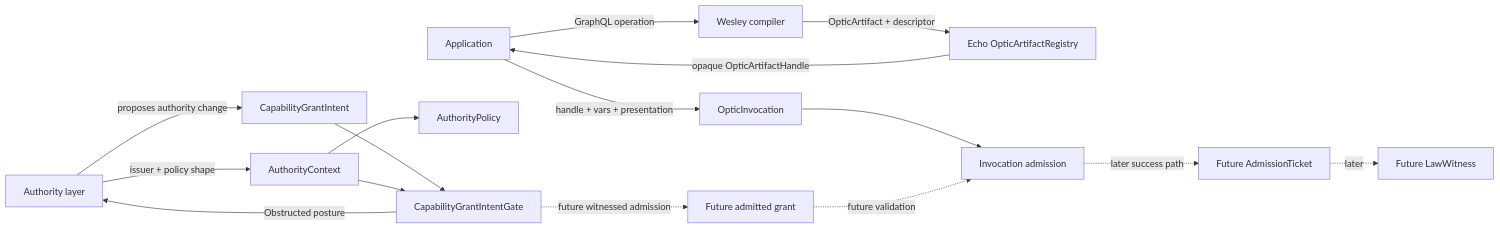
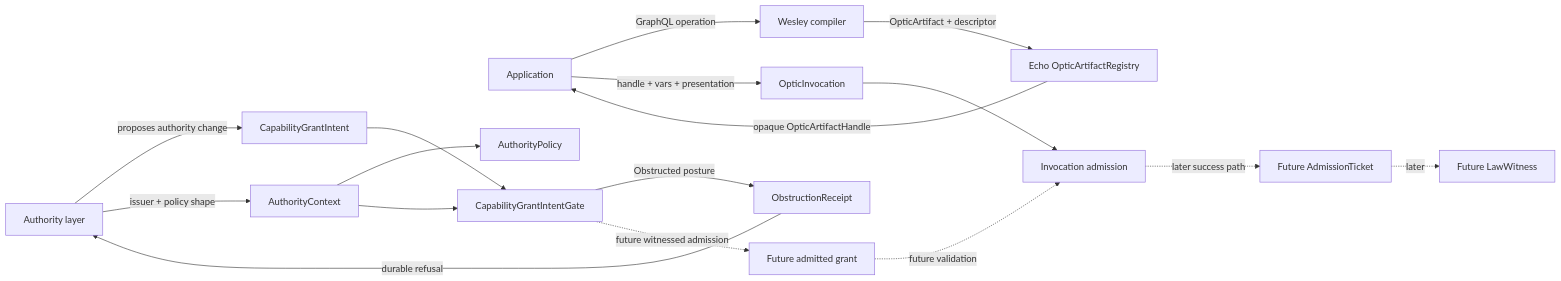
Before and after one commit to flyingrobots/echo: the first of 5 diagrams in docs/design/optic-capability-grant-intent-boundary.md, drawn with Mermaid. The commit also changed other lines of this file and 4 other files, not shown here.

````diff
--- a/docs/design/optic-capability-grant-intent-boundary.md
+++ b/docs/design/optic-capability-grant-intent-boundary.md
@@ -51,32 +53,34 @@
 ```mermaid
 flowchart LR
   App[Application]
   Wesley[Wesley compiler]
   ArtifactRegistry[Echo OpticArtifactRegistry]
   Authority[Authority layer]
   Intent[CapabilityGrantIntent]
   Context[AuthorityContext]
   Policy[AuthorityPolicy]
   Gate[CapabilityGrantIntentGate]
+  Receipt[ObstructionReceipt]
   Invocation[OpticInvocation]
   Admission[Invocation admission]
   FutureGrant[Future admitted grant]
   FutureTicket[Future AdmissionTicket]
   FutureWitness[Future LawWitness]
 
   App -->|GraphQL operation| Wesley
   Wesley -->|OpticArtifact + descriptor| ArtifactRegistry
   ArtifactRegistry -->|opaque OpticArtifactHandle| App
   Authority -->|proposes authority change| Intent
   Authority -->|issuer + policy shape| Context
   Context --> Policy
   Intent --> Gate
   Context --> Gate
-  Gate -->|Obstructed posture| Authority
+  Gate -->|Obstructed posture| Receipt
+  Receipt -->|durable refusal| Authority
   Gate -. future witnessed admission .-> FutureGrant
   App -->|handle + vars + presentation| Invocation
   Invocation --> Admission
   FutureGrant -. future validation .-> Admission
   Admission -. later success path .-> FutureTicket
   FutureTicket -. later .-> FutureWitness
 ```
````
